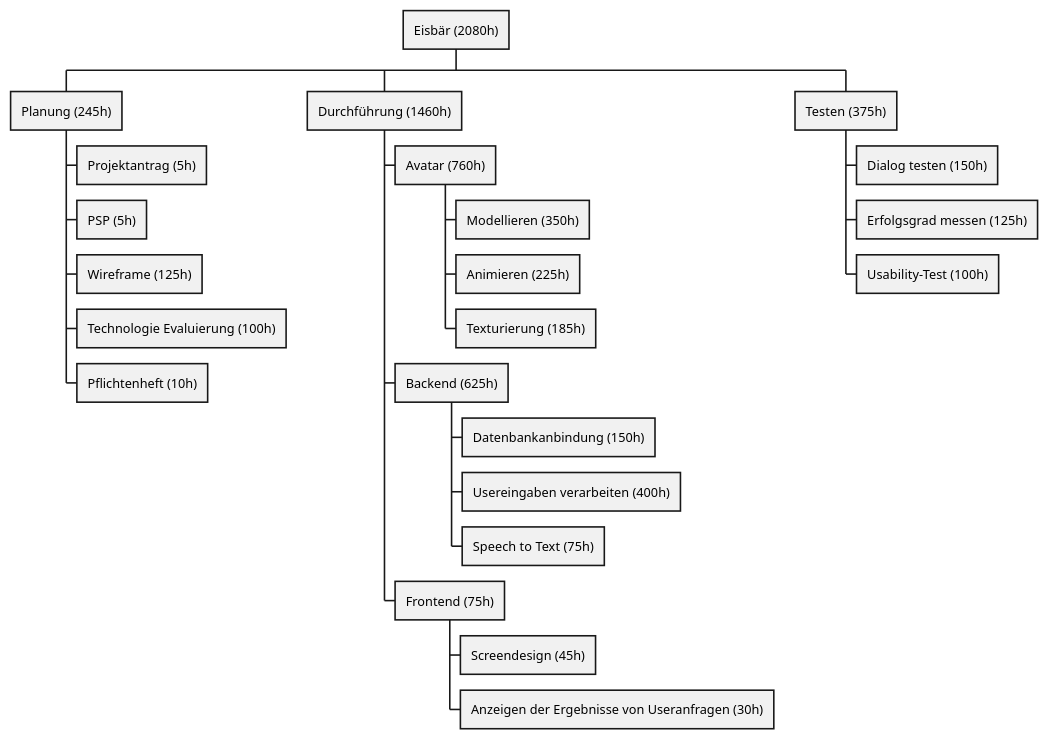
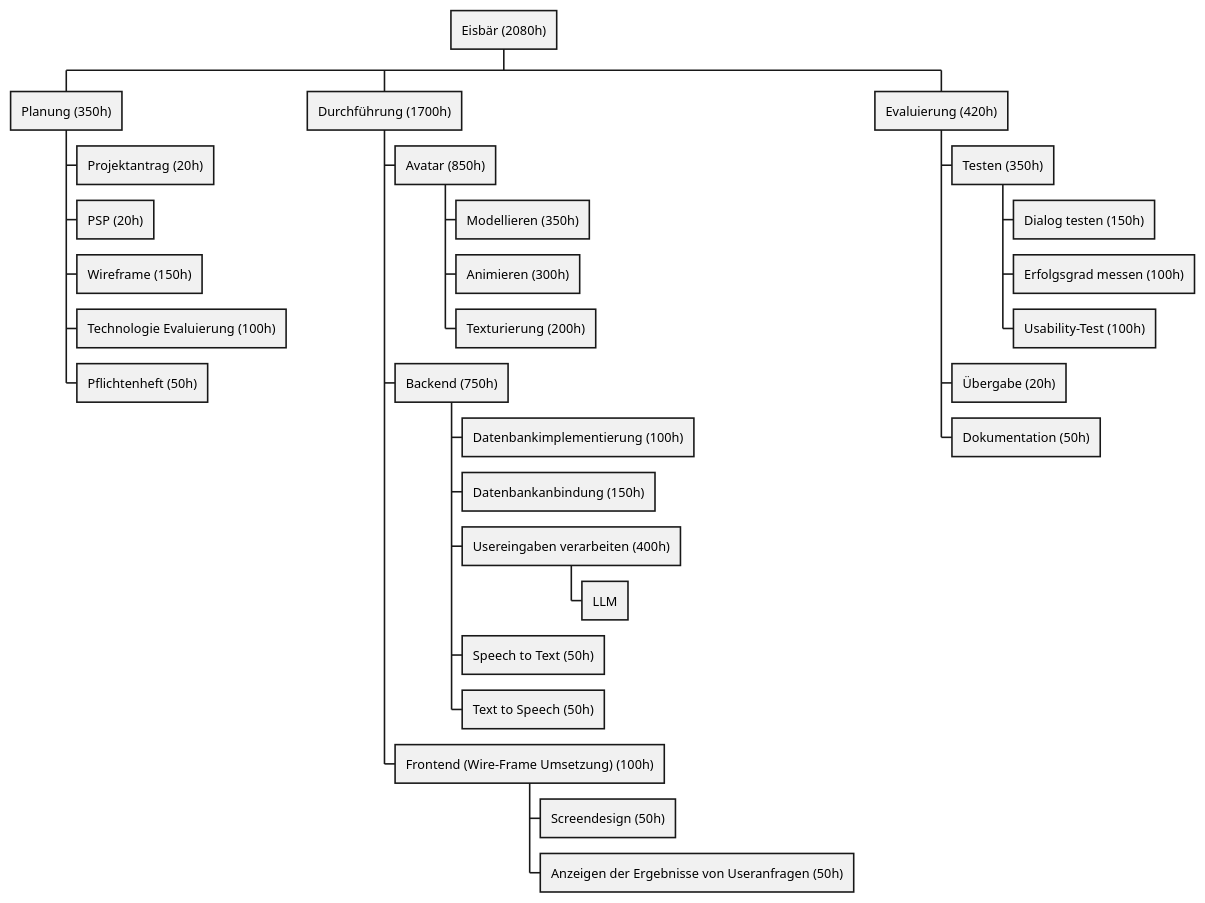
The diagram in documents/psp.puml (2425-4bhitm-itp/eisbaer), drawn with PlantUML before and after one commit.

Commit message:
changed psp

```diff
--- a/documents/psp.puml
+++ b/documents/psp.puml
@@ -1,25 +1,45 @@
 @startwbs
 * Eisbär (2080h)
-** Planung (245h)
-*** Projektantrag (5h)
-*** PSP (5h)
-*** Wireframe (125h)
+
+** Planung (350h)
+
+*** Projektantrag (20h)
+*** PSP (20h)
+*** Wireframe (150h)
 *** Technologie Evaluierung (100h)
-*** Pflichtenheft (10h)
-** Durchführung (1460h)
-*** Avatar (760h)
+*** Pflichtenheft (50h)
+
+** Durchführung (1700h)
+
+*** Avatar (850h)
+
 **** Modellieren (350h)
-**** Animieren (225h)
-**** Texturierung (185h)
-*** Backend (625h)
+**** Animieren (300h)
+**** Texturierung (200h)
+
+*** Backend (750h)
+
+**** Datenbankimplementierung (100h)
 **** Datenbankanbindung (150h)
 **** Usereingaben verarbeiten (400h)
-**** Speech to Text (75h)
-*** Frontend (75h)
-**** Screendesign (45h)
-**** Anzeigen der Ergebnisse von Useranfragen (30h)
-** Testen (375h)
-*** Dialog testen (150h)
-*** Erfolgsgrad messen (125h)
-*** Usability-Test (100h)
+***** LLM
+**** Speech to Text (50h)
+**** Text to Speech (50h)
+
+*** Frontend (Wire-Frame Umsetzung) (100h)
+
+**** Screendesign (50h)
+**** Anzeigen der Ergebnisse von Useranfragen (50h)
+
+** Evaluierung (420h)
+
+*** Testen (350h)
+
+**** Dialog testen (150h)
+**** Erfolgsgrad messen (100h)
+**** Usability-Test (100h)
+
+*** Übergabe (20h)
+
+*** Dokumentation (50h)
 @endwbs
```
